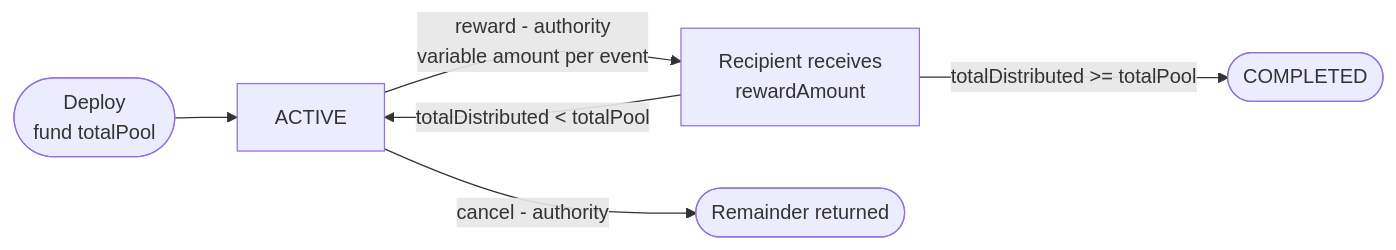
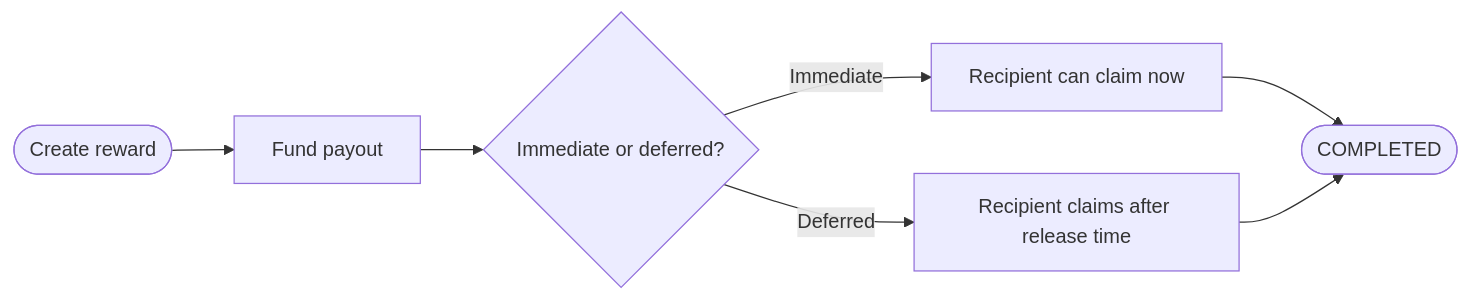
Before and after one commit to flowguardlabs/flow-guard: the diagram in docs/concepts/rewards.mdx, drawn with Mermaid. The commit also changed other lines of this file and 44 other files, not shown here.

````diff
--- a/docs/concepts/rewards.mdx
+++ b/docs/concepts/rewards.mdx
@@ -18,8 +18,9 @@
 ```mermaid
 flowchart LR
-    A([Deploy\nfund totalPool]) --> B[ACTIVE]
-    B  -->|reward - authority\nvariable amount per event| C[Recipient receives\nrewardAmount]
-    C  -->|totalDistributed < totalPool| B
-    C  -->|totalDistributed >= totalPool| D([COMPLETED])
-    B  -->|cancel - authority| E([Remainder returned])
+    A([Create reward]) --> B[Fund payout]
+    B --> C{Immediate or deferred?}
+    C -->|Immediate| D[Recipient can claim now]
+    C -->|Deferred| E[Recipient claims after release time]
+    D --> F([COMPLETED])
+    E --> F
 ```
````
